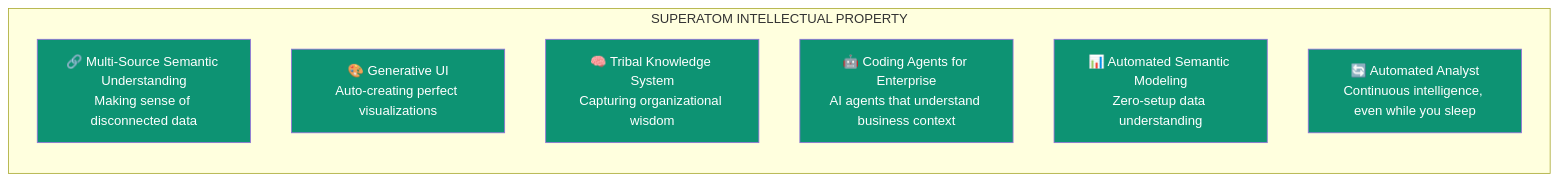
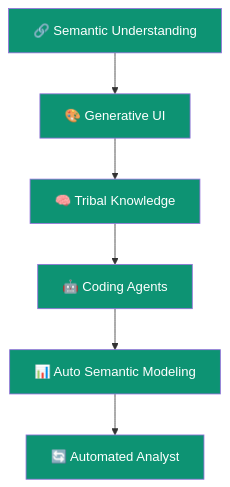
One commit to ashishsuperatom/tech-docs changed the first of 2 diagrams in ip/overview.mdx. Above: the diagram before and after it, drawn with Mermaid. The commit also changed 13 other files, not shown here.

First line of the commit message:
Add Superatom AI logo and fix Mermaid diagram rendering

````diff
--- a/ip/overview.mdx
+++ b/ip/overview.mdx
@@ -9,19 +9,15 @@
 ```mermaid
-flowchart TB
-    subgraph IP["SUPERATOM INTELLECTUAL PROPERTY"]
-        direction TB
-        I1["🔗 Multi-Source Semantic Understanding<br>Making sense of disconnected data"]
-        I2["🎨 Generative UI<br>Auto-creating perfect visualizations"]
-        I3["🧠 Tribal Knowledge System<br>Capturing organizational wisdom"]
-        I4["🤖 Coding Agents for Enterprise<br>AI agents that understand business context"]
-        I5["📊 Automated Semantic Modeling<br>Zero-setup data understanding"]
-        I6["🔄 Automated Analyst<br>Continuous intelligence, even while you sleep"]
-    end
+flowchart TD
+    I1["🔗 Semantic Understanding"] --> I2["🎨 Generative UI"]
+    I2 --> I3["🧠 Tribal Knowledge"]
+    I3 --> I4["🤖 Coding Agents"]
+    I4 --> I5["📊 Auto Semantic Modeling"]
+    I5 --> I6["🔄 Automated Analyst"]
 
     style I1 fill:#0D9373,color:#fff
     style I2 fill:#0D9373,color:#fff
     style I3 fill:#0D9373,color:#fff
     style I4 fill:#0D9373,color:#fff
     style I5 fill:#0D9373,color:#fff
     style I6 fill:#0D9373,color:#fff
 ```
````
